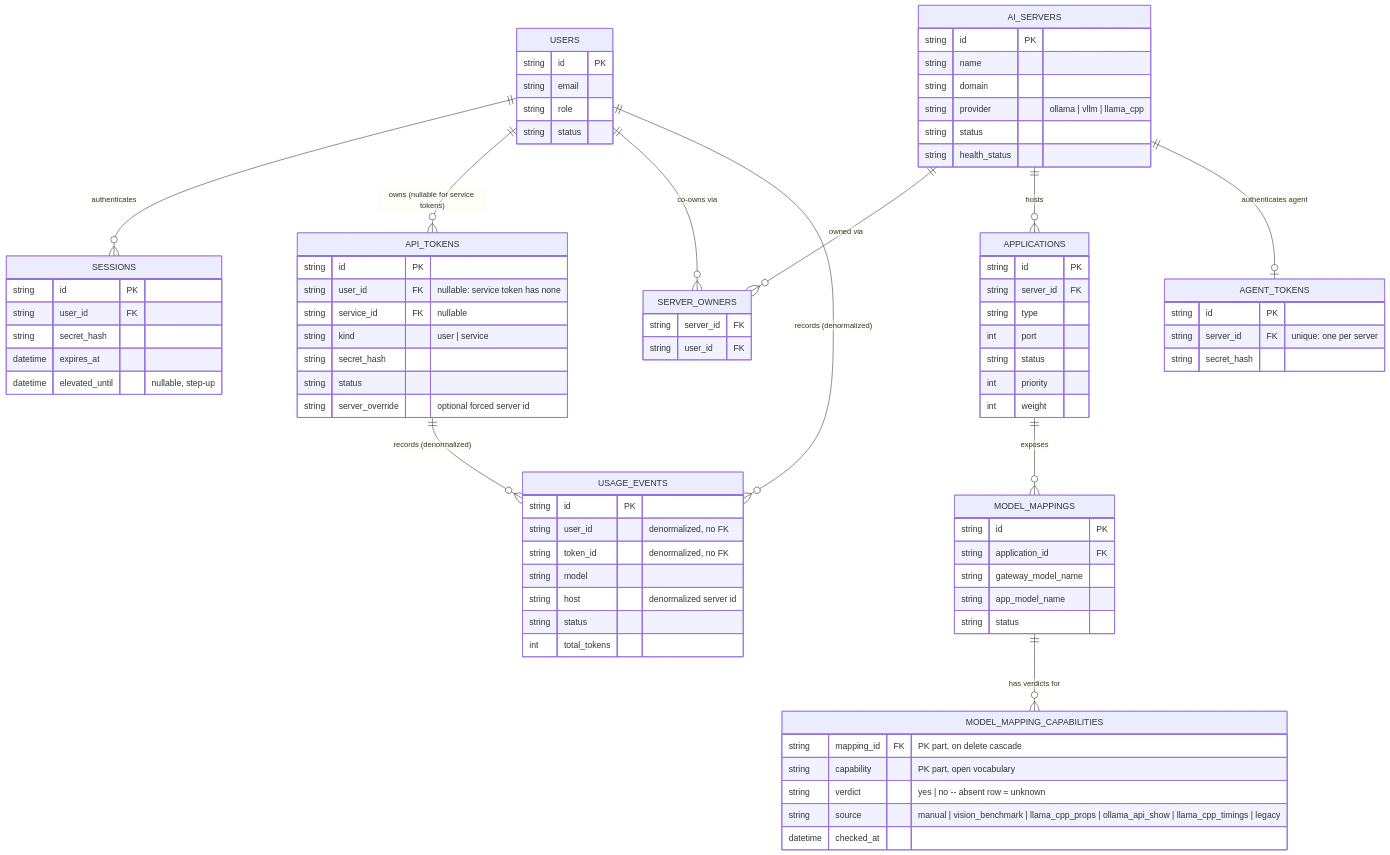
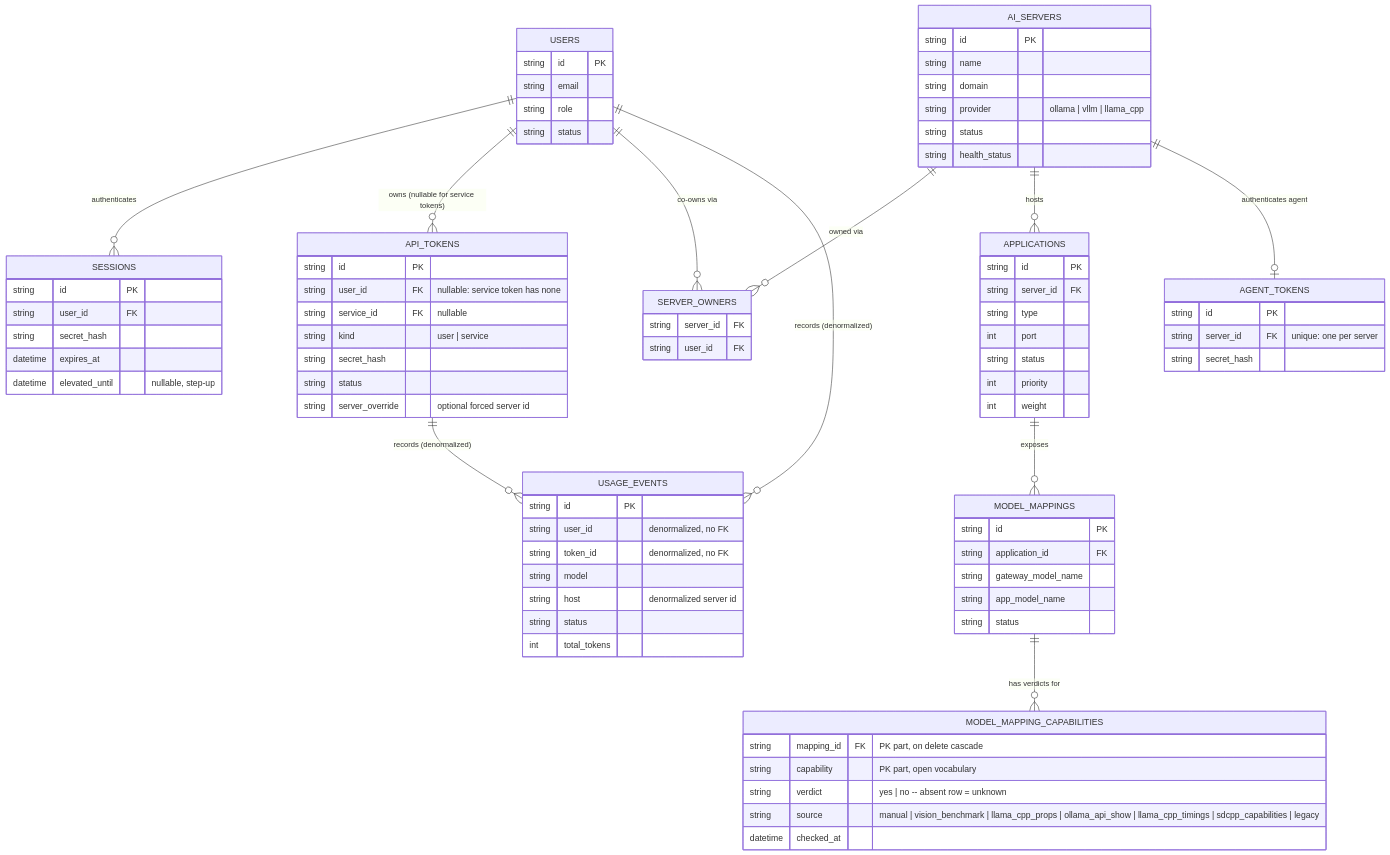
The diagram in docs/architecture/reference/data-model.md (JLor08/op-ai-gateway), drawn with Mermaid before and after one commit. The commit also changed other lines of this file and 84 other files, not shown here.

```diff
--- a/docs/architecture/reference/data-model.md
+++ b/docs/architecture/reference/data-model.md
@@ -173,7 +173,7 @@
         string mapping_id FK "PK part, on delete cascade"
         string capability "PK part, open vocabulary"
         string verdict "yes | no -- absent row = unknown"
-        string source "manual | vision_benchmark | llama_cpp_props | ollama_api_show | llama_cpp_timings | legacy"
+        string source "manual | vision_benchmark | llama_cpp_props | ollama_api_show | llama_cpp_timings | sdcpp_capabilities | legacy"
         datetime checked_at
     }
     AGENT_TOKENS {
```
